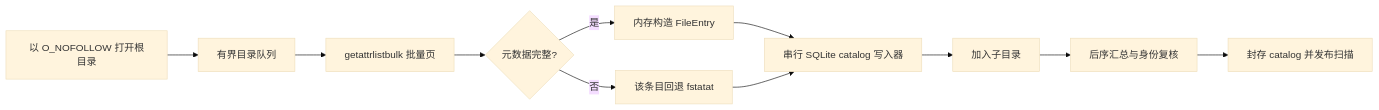
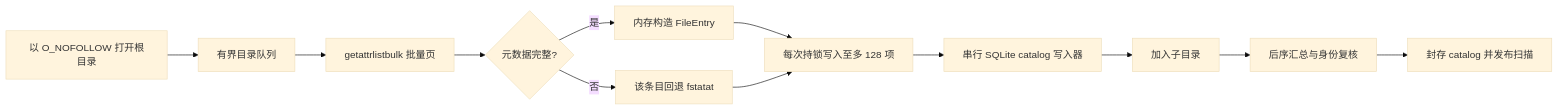
The first of 2 diagrams in docs/zh-CN/engineering/storage-scan-performance.md (limecloud/shou), drawn with Mermaid (base theme) before and after one commit. The commit also changed other lines of this file and 86 other files, not shown here.

````diff
--- a/docs/zh-CN/engineering/storage-scan-performance.md
+++ b/docs/zh-CN/engineering/storage-scan-performance.md
@@ -9,13 +9,14 @@
 ```mermaid
 flowchart LR
     A[以 O_NOFOLLOW 打开根目录] --> B[有界目录队列]
     B --> C[getattrlistbulk 批量页]
     C --> D{元数据完整?}
     D -- 是 --> E[内存构造 FileEntry]
     D -- 否 --> F[该条目回退 fstatat]
-    E --> G[串行 SQLite catalog 写入器]
-    F --> G
+    E --> Batch[每次持锁写入至多 128 项]
+    F --> Batch
+    Batch --> G[串行 SQLite catalog 写入器]
     G --> H[加入子目录]
     H --> I[后序汇总与身份复核]
     I --> J[封存 catalog 并发布扫描]
 ```
````
